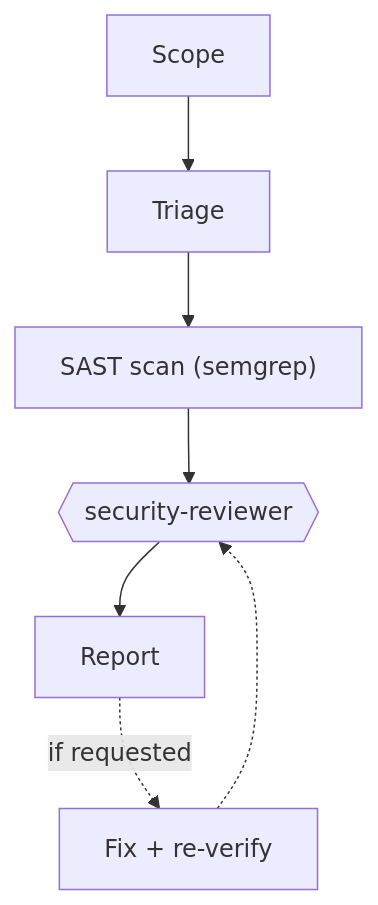
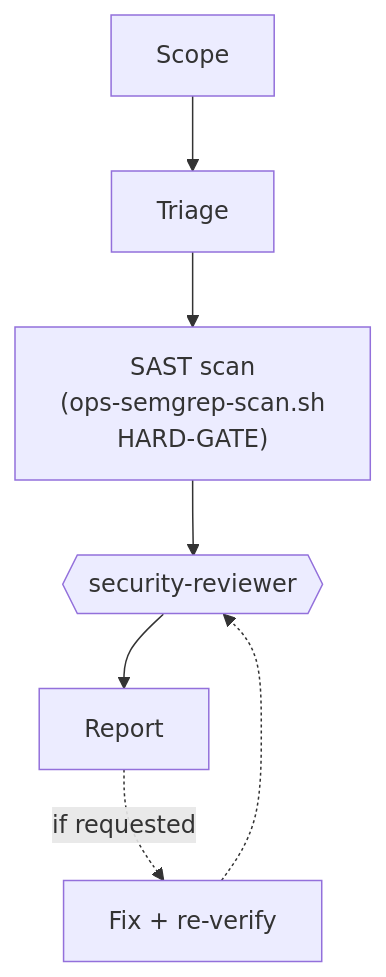
Before and after one commit to gigi206/ops: diagram 16 of 17 in README.md, drawn with Mermaid. The commit also changed other lines of this file and 15 other files, not shown here.

````diff
--- a/README.md
+++ b/README.md
@@ -734,9 +790,9 @@
 ```mermaid
 flowchart TD
     S["Scope"] --> T["Triage"]
-    T --> SAST["SAST scan (semgrep)"]
+    T --> SAST["SAST scan<br/>(ops-semgrep-scan.sh<br/>HARD-GATE)"]
     SAST --> SECREV{{"security-reviewer"}}
     SECREV --> R["Report"]
     R -.->|if requested| F["Fix + re-verify"]
     F -.-> SECREV
 ```
````
